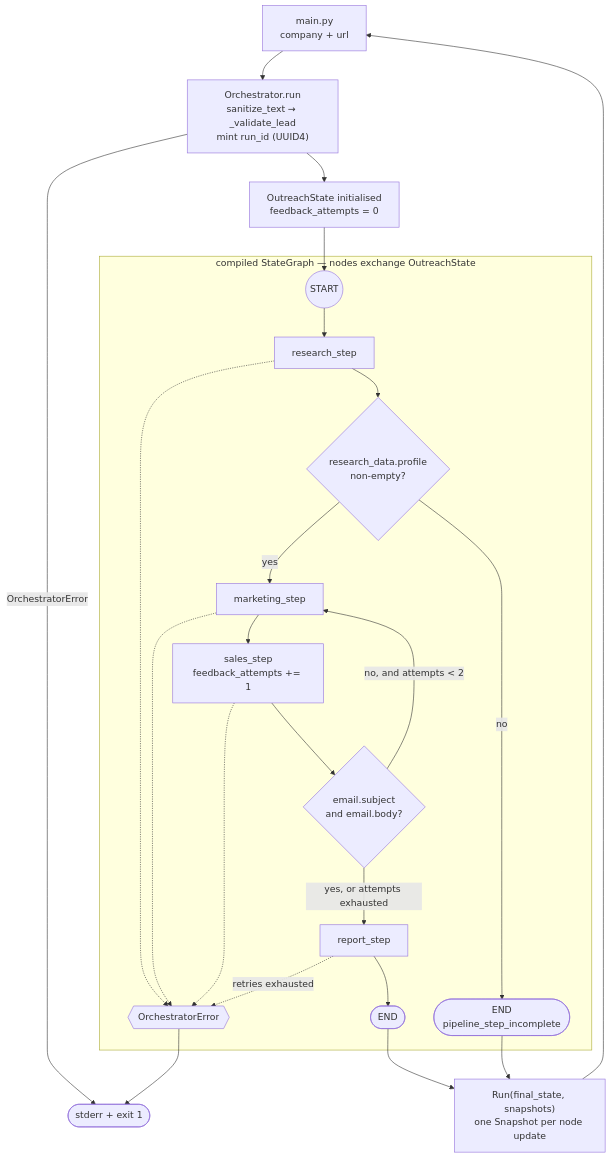
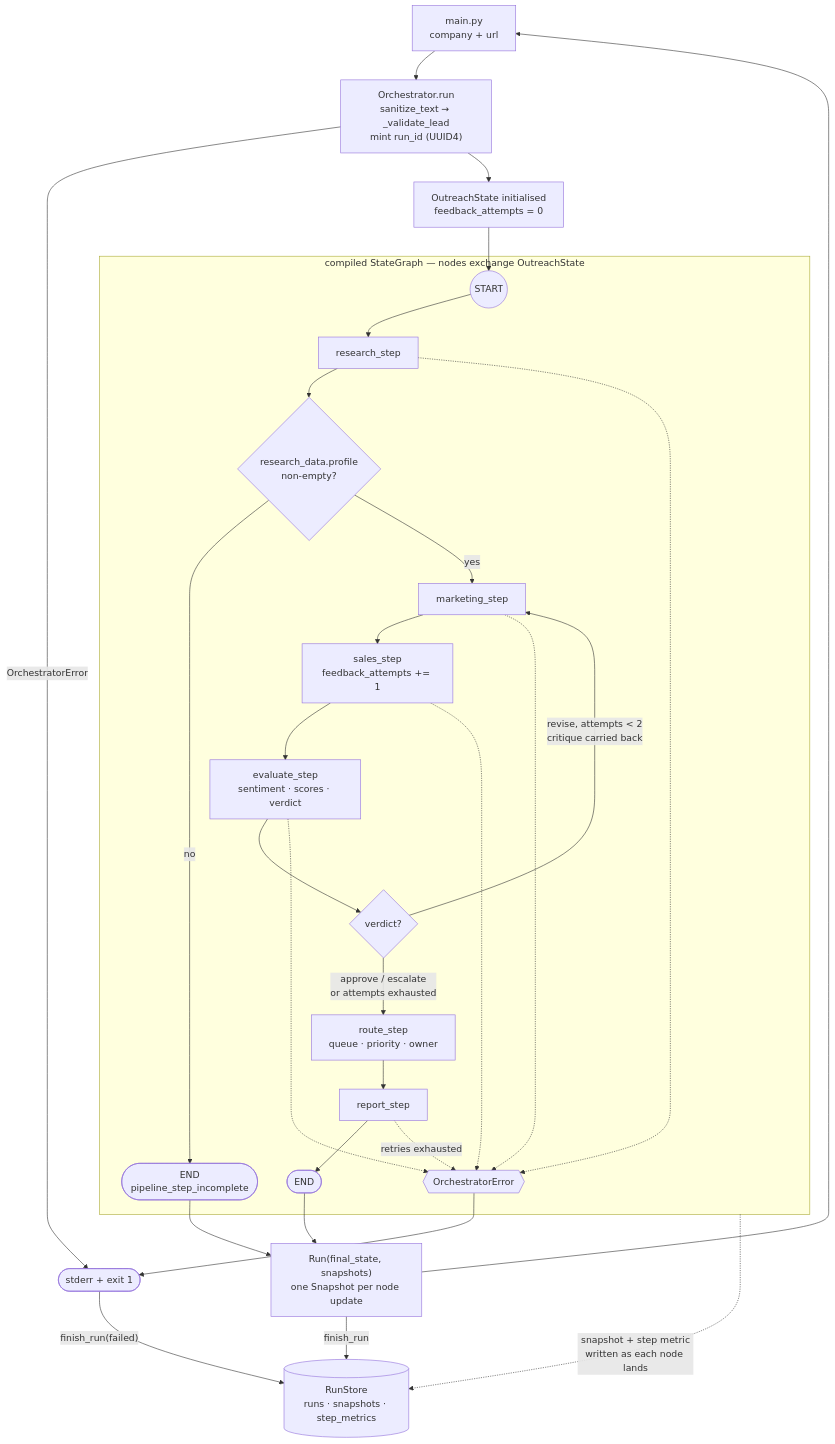
The second of 10 diagrams in docs/architecture.md (jrrene7/COA-Agent), drawn with Mermaid before and after one commit. The commit also changed other lines of this file and 36 other files, not shown here.

````diff
--- a/docs/architecture.md
+++ b/docs/architecture.md
@@ -48,28 +74,35 @@
 ```mermaid
 flowchart TD
     CLI["main.py<br/>company + url"] --> VAL["Orchestrator.run<br/>sanitize_text → _validate_lead<br/>mint run_id (UUID4)"]
     VAL -->|OrchestratorError| FAIL(["stderr + exit 1"])
     VAL --> INIT["OutreachState initialised<br/>feedback_attempts = 0"]
     INIT --> ENTRY((START))
 
     subgraph GRAPH["compiled StateGraph — nodes exchange OutreachState"]
         ENTRY --> RS["research_step"]
         RS --> R1{"research_data.profile<br/>non-empty?"}
         R1 -->|no| ENDINC(["END<br/>pipeline_step_incomplete"])
         R1 -->|yes| MS["marketing_step"]
         MS --> SS["sales_step<br/>feedback_attempts += 1"]
-        SS --> R2{"email.subject<br/>and email.body?"}
-        R2 -->|"no, and attempts &lt; 2"| MS
-        R2 -->|"yes, or attempts exhausted"| RPS["report_step"]
+        SS --> EVS["evaluate_step<br/>sentiment · scores · verdict"]
+        EVS --> R2{"verdict?"}
+        R2 -->|"revise, attempts &lt; 2<br/>critique carried back"| MS
+        R2 -->|"approve / escalate<br/>or attempts exhausted"| RTS["route_step<br/>queue · priority · owner"]
+        RTS --> RPS["report_step"]
         RPS --> ENDOK(["END"])
         RS -.-> RAISE
         MS -.-> RAISE
         SS -.-> RAISE
+        EVS -.-> RAISE
         RPS -.->|"retries exhausted"| RAISE{{"OrchestratorError"}}
     end
 
     ENDOK --> RUN["Run(final_state, snapshots)<br/>one Snapshot per node update"]
     ENDINC --> RUN
     RAISE --> FAIL
     RUN --> CLI
+
+    GRAPH -.->|"snapshot + step metric<br/>written as each node lands"| STORE[("RunStore<br/>runs · snapshots · step_metrics")]
+    RUN -->|finish_run| STORE
+    FAIL -->|"finish_run(failed)"| STORE
 ```
````
